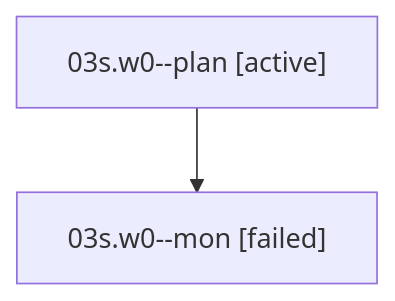
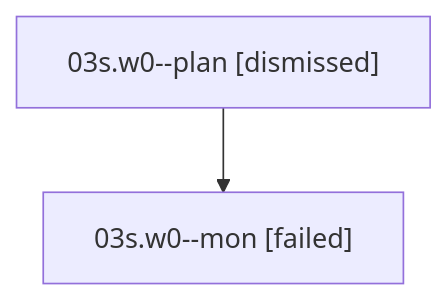
One commit to sase-org/sase--agents changed the diagram in sessions/bbugyi200.athena.03s.w0.md. Above: the diagram before and after it, drawn with Mermaid. The commit also changed other lines of this file and 28 other files, not shown here.

````diff
--- a/sessions/bbugyi200.athena.03s.w0.md
+++ b/sessions/bbugyi200.athena.03s.w0.md
@@ -9,6 +9,6 @@
 ```mermaid
 flowchart TD
-  n0["03s.w0--plan [active]"]
+  n0["03s.w0--plan [dismissed]"]
   n1["03s.w0--mon [failed]"]
   n0 --> n1
 ```
````
